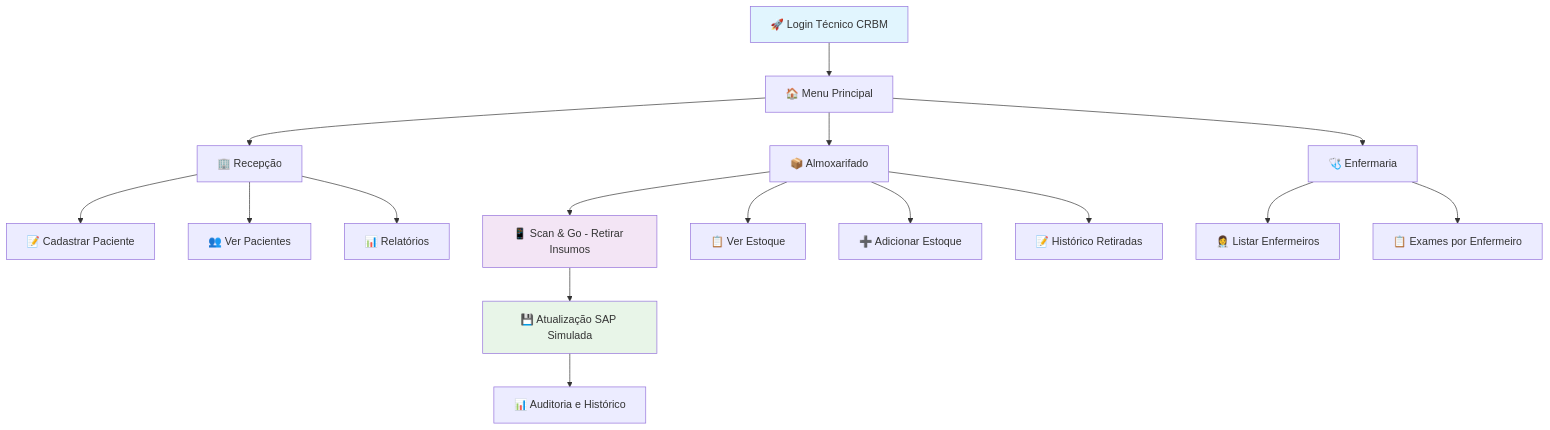
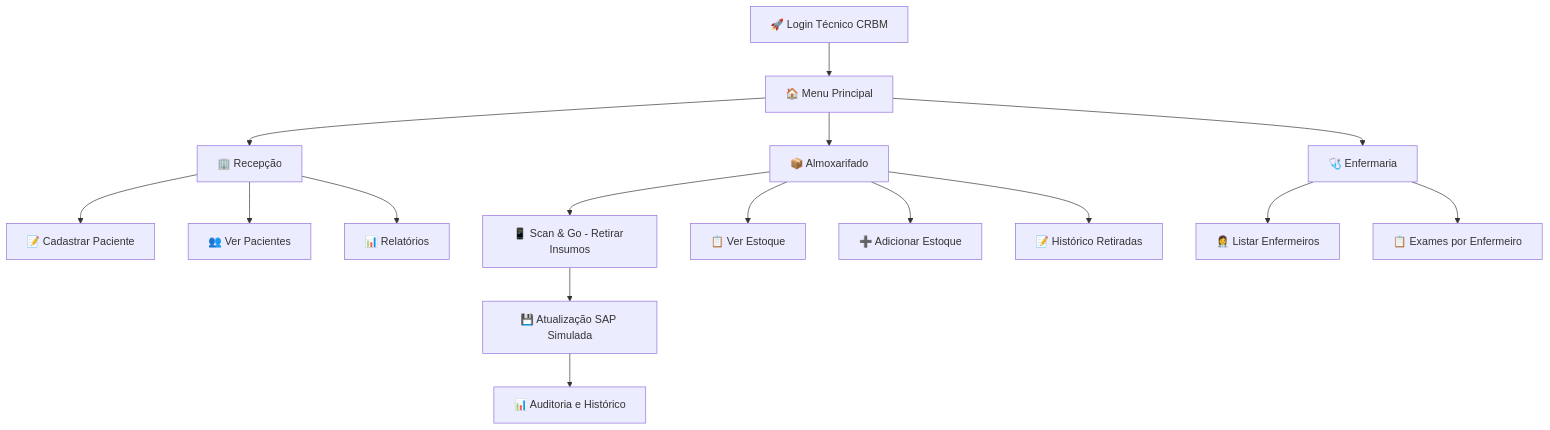
The diagram in README.md (renan-utida/ChallengeDasaJava), drawn with Mermaid before and after one commit.

````diff
--- a/README.md
+++ b/README.md
@@ -251,26 +251,22 @@
 ```mermaid
 graph TD
     A[🚀 Login Técnico CRBM] --> B[🏠 Menu Principal]
     B --> C[🏢 Recepção]
     B --> D[📦 Almoxarifado]  
     B --> E[🩺 Enfermaria]
     
     C --> C1[📝 Cadastrar Paciente]
     C --> C2[👥 Ver Pacientes]
     C --> C3[📊 Relatórios]
     
     D --> D1[📱 Scan & Go - Retirar Insumos]
     D --> D2[📋 Ver Estoque]
     D --> D3[➕ Adicionar Estoque]
     D --> D4[📝 Histórico Retiradas]
     
     E --> E1[👩‍⚕️ Listar Enfermeiros]
     E --> E2[📋 Exames por Enfermeiro]
     
     D1 --> F[💾 Atualização SAP Simulada]
     F --> G[📊 Auditoria e Histórico]
-    
-    style A fill:#e1f5fe
-    style D1 fill:#f3e5f5
-    style F fill:#e8f5e8
 ```
````
